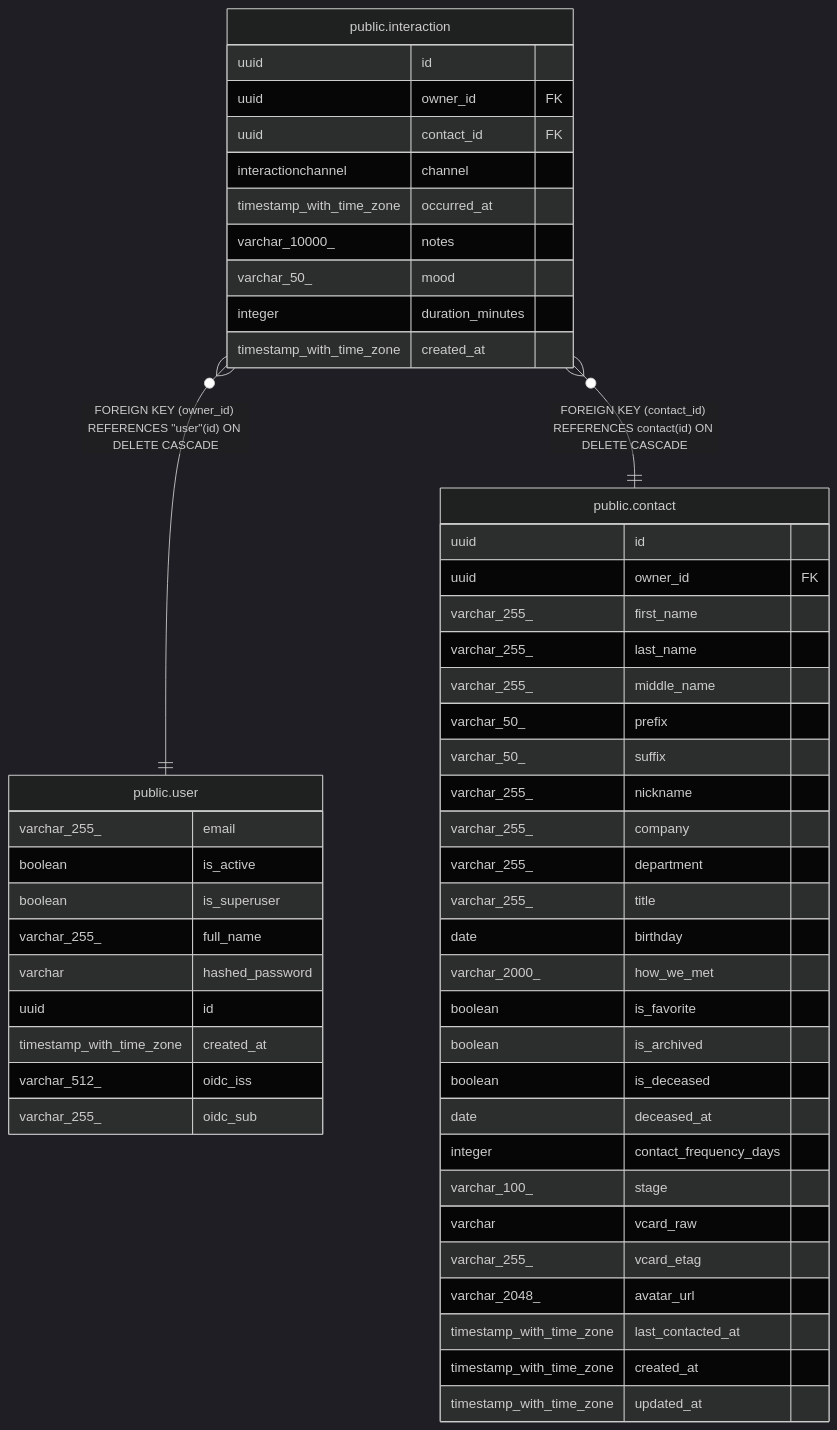
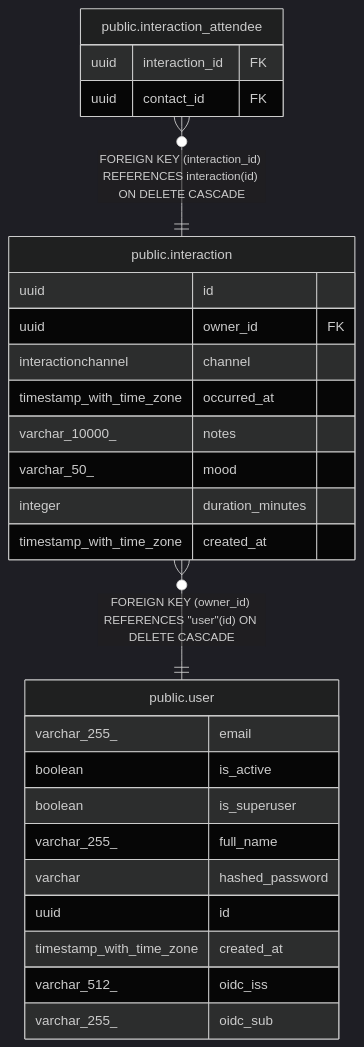
One commit to pike00/Kindred changed the diagram in docs/db/public.interaction.md. Above: the diagram before and after it, drawn with Mermaid (dark theme). The commit also changed other lines of this file and 7 other files, not shown here.

````diff
--- a/docs/db/public.interaction.md
+++ b/docs/db/public.interaction.md
@@ -47,56 +43,32 @@
 ```mermaid
 erDiagram
 
+"public.interaction_attendee" }o--|| "public.interaction" : "FOREIGN KEY (interaction_id) REFERENCES interaction(id) ON DELETE CASCADE"
 "public.interaction" }o--|| "public.user" : "FOREIGN KEY (owner_id) REFERENCES #quot;user#quot;(id) ON DELETE CASCADE"
-"public.interaction" }o--|| "public.contact" : "FOREIGN KEY (contact_id) REFERENCES contact(id) ON DELETE CASCADE"
 
 "public.interaction" {
   uuid id
   uuid owner_id FK
-  uuid contact_id FK
   interactionchannel channel
   timestamp_with_time_zone occurred_at
   varchar_10000_ notes
   varchar_50_ mood
   integer duration_minutes
   timestamp_with_time_zone created_at
+}
+"public.interaction_attendee" {
+  uuid interaction_id FK
+  uuid contact_id FK
 }
 "public.user" {
   varchar_255_ email
   boolean is_active
   boolean is_superuser
   varchar_255_ full_name
   varchar hashed_password
   uuid id
   timestamp_with_time_zone created_at
   varchar_512_ oidc_iss
   varchar_255_ oidc_sub
 }
-"public.contact" {
-  uuid id
-  uuid owner_id FK
-  varchar_255_ first_name
-  varchar_255_ last_name
-  varchar_255_ middle_name
-  varchar_50_ prefix
-  varchar_50_ suffix
-  varchar_255_ nickname
-  varchar_255_ company
-  varchar_255_ department
-  varchar_255_ title
-  date birthday
-  varchar_2000_ how_we_met
-  boolean is_favorite
-  boolean is_archived
-  boolean is_deceased
-  date deceased_at
-  integer contact_frequency_days
-  varchar_100_ stage
-  varchar vcard_raw
-  varchar_255_ vcard_etag
-  varchar_2048_ avatar_url
-  timestamp_with_time_zone last_contacted_at
-  timestamp_with_time_zone created_at
-  timestamp_with_time_zone updated_at
-}
 ```
````
